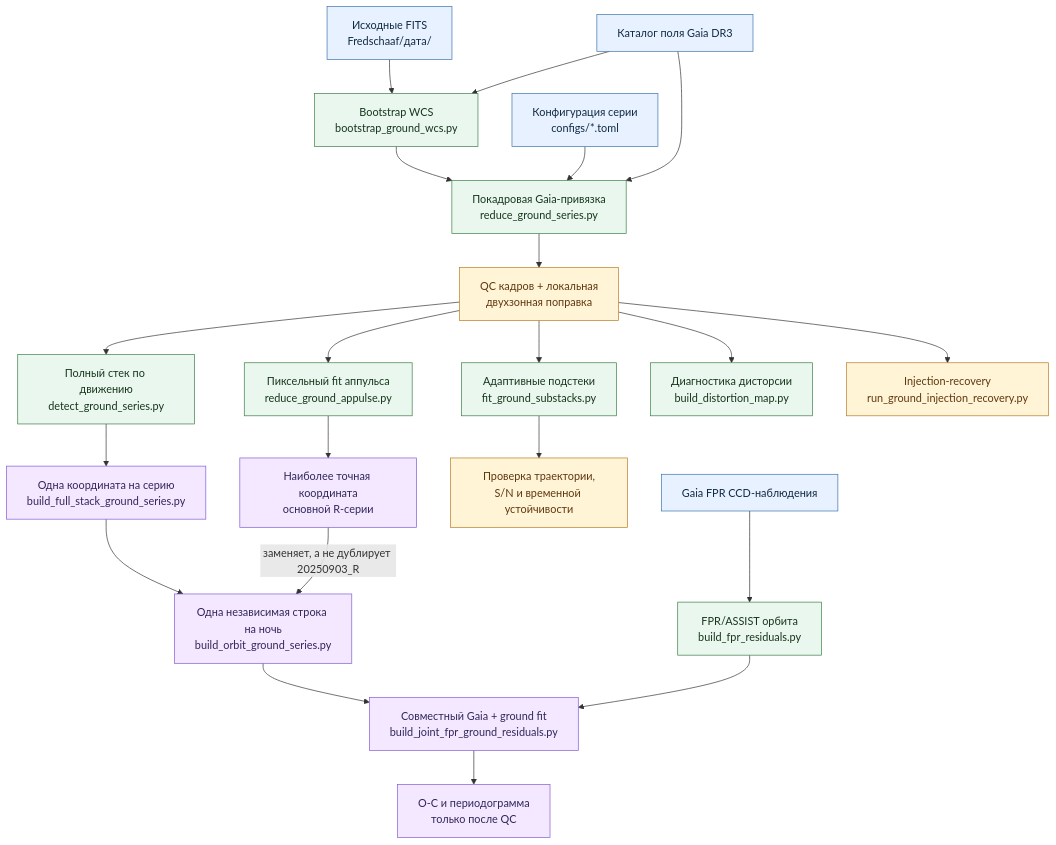
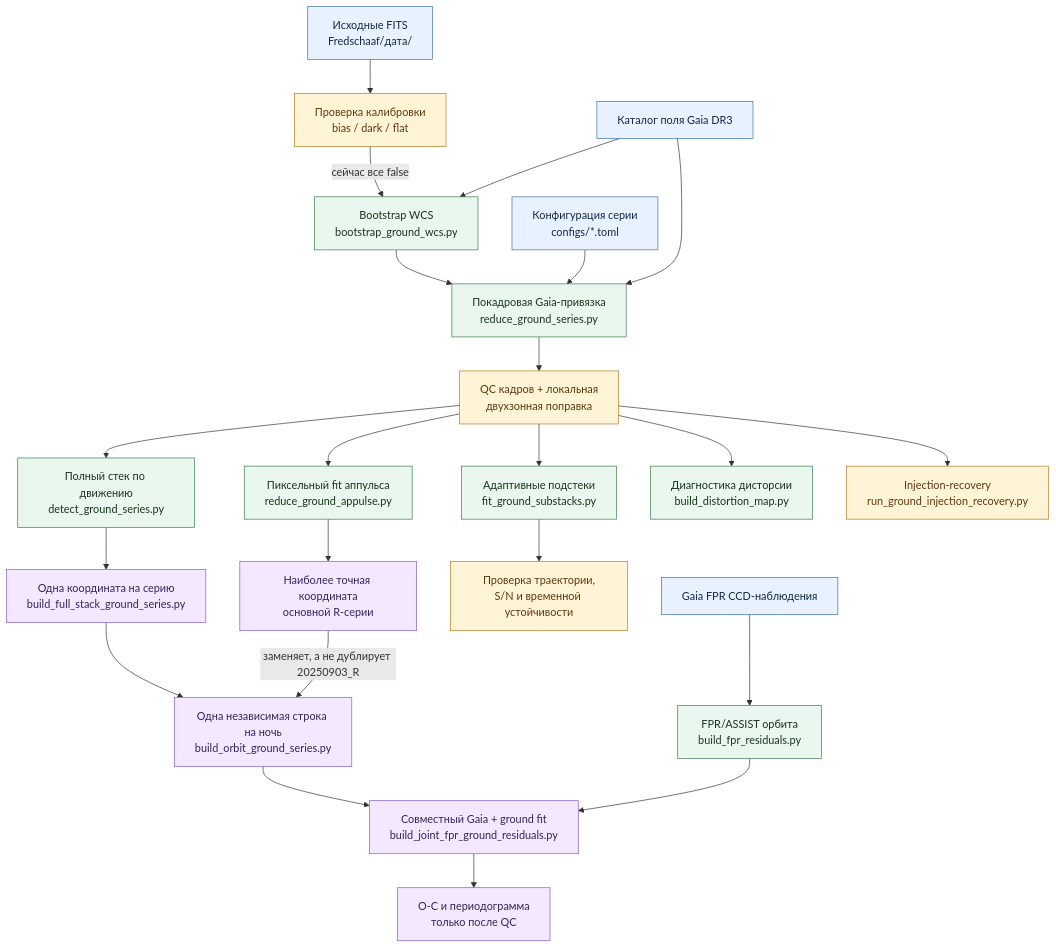
Before and after one commit to vzbrodov/fredschaaf: the diagram in README.md, drawn with Mermaid. The commit also changed other lines of this file and 9 other files, not shown here.

````diff
--- a/README.md
+++ b/README.md
@@ -60,40 +60,41 @@
 ```mermaid
 flowchart TD
     FITS["Исходные FITS<br/>Fredschaaf/дата/"]
     CFG["Конфигурация серии<br/>configs/*.toml"]
     CAT["Каталог поля Gaia DR3"]
     FPR["Gaia FPR CCD-наблюдения"]
 
-    FITS --> WCS["Bootstrap WCS<br/>bootstrap_ground_wcs.py"]
+    FITS --> CAL["Проверка калибровки<br/>bias / dark / flat"]
+    CAL -->|"сейчас все false"| WCS["Bootstrap WCS<br/>bootstrap_ground_wcs.py"]
     CAT --> WCS
     WCS --> RED["Покадровая Gaia-привязка<br/>reduce_ground_series.py"]
     CFG --> RED
     CAT --> RED
 
     RED --> QC["QC кадров + локальная<br/>двухзонная поправка"]
     QC --> STACK["Полный стек по движению<br/>detect_ground_series.py"]
     QC --> SUB["Адаптивные подстеки<br/>fit_ground_substacks.py"]
     QC --> APP["Пиксельный fit аппульса<br/>reduce_ground_appulse.py"]
     QC --> DIST["Диагностика дисторсии<br/>build_distortion_map.py"]
     QC --> INJ["Injection-recovery<br/>run_ground_injection_recovery.py"]
 
     STACK --> POS["Одна координата на серию<br/>build_full_stack_ground_series.py"]
     SUB --> CHECK["Проверка траектории,<br/>S/N и временной устойчивости"]
     APP --> APOS["Наиболее точная координата<br/>основной R-серии"]
 
     FPR --> ORBIT["FPR/ASSIST орбита<br/>build_fpr_residuals.py"]
     POS --> SELECT["Одна независимая строка на ночь<br/>build_orbit_ground_series.py"]
     APOS -->|"заменяет, а не дублирует 20250903_R"| SELECT
     SELECT --> JOINT["Совместный Gaia + ground fit<br/>build_joint_fpr_ground_residuals.py"]
     ORBIT --> JOINT
     JOINT --> PERIOD["O-C и периодограмма<br/>только после QC"]
 
     classDef input fill:#e8f1ff,stroke:#3973ac,color:#102a43;
     classDef reduction fill:#eaf7ee,stroke:#3a7d44,color:#17351c;
     classDef check fill:#fff4d6,stroke:#b7791f,color:#5f370e;
     classDef result fill:#f3e8ff,stroke:#805ad5,color:#322659;
     class FITS,CFG,CAT,FPR input;
     class WCS,RED,STACK,SUB,APP,DIST,ORBIT reduction;
-    class QC,CHECK,INJ check;
+    class CAL,QC,CHECK,INJ check;
     class POS,APOS,SELECT,JOINT,PERIOD result;
 ```
````
